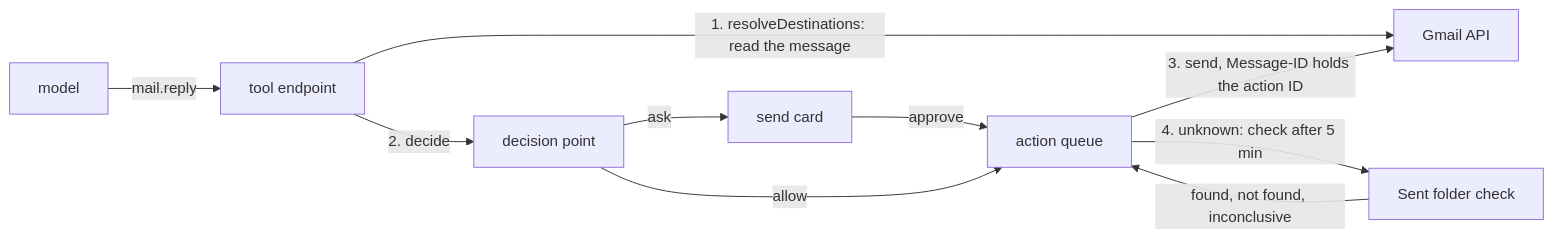
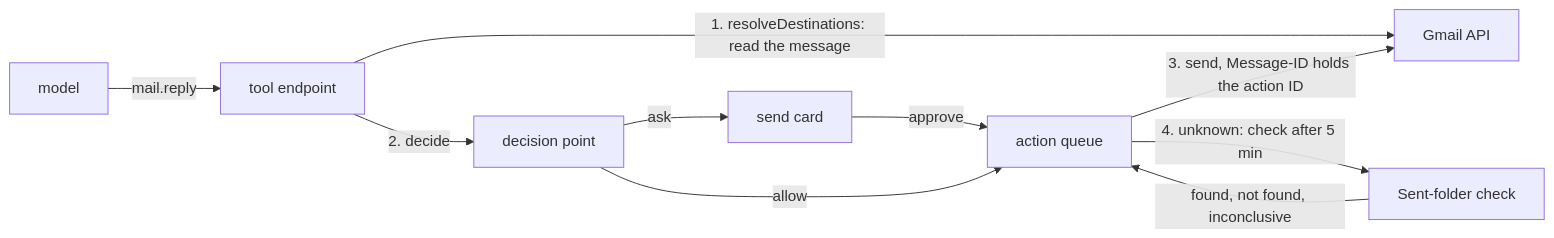
One commit to zgeoff/nixie changed the diagram in docs/design/queue/gmail-calendar-drive-tools.md. Above: the diagram before and after it, drawn with Mermaid. The commit also changed other lines of this file and 1 other file, not shown here.

````diff
--- a/docs/design/queue/gmail-calendar-drive-tools.md
+++ b/docs/design/queue/gmail-calendar-drive-tools.md
@@ -24,12 +24,12 @@
 ```mermaid
 flowchart LR
   model[model] -->|"mail.reply"| endpoint[tool endpoint]
   endpoint -->|"1. resolveDestinations: read the message"| gmail[Gmail API]
   endpoint -->|"2. decide"| dp[decision point]
   dp -->|ask| card[send card]
   card -->|approve| queue[action queue]
   dp -->|allow| queue
   queue -->|"3. send, Message-ID holds the action ID"| gmail
-  queue -->|"4. unknown: check after 5 min"| sent[Sent folder check]
+  queue -->|"4. unknown: check after 5 min"| sent[Sent-folder check]
   sent -->|"found, not found, inconclusive"| queue
 ```
````
